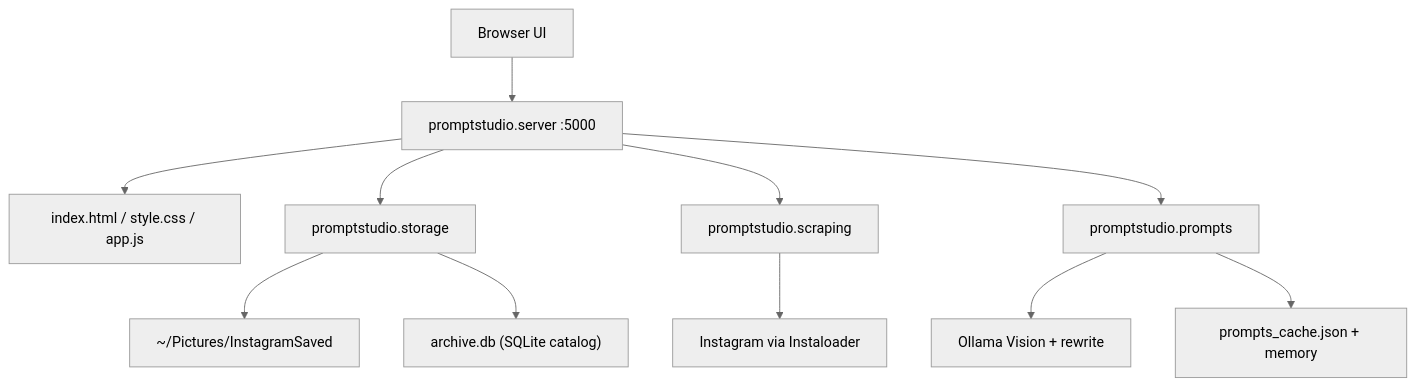
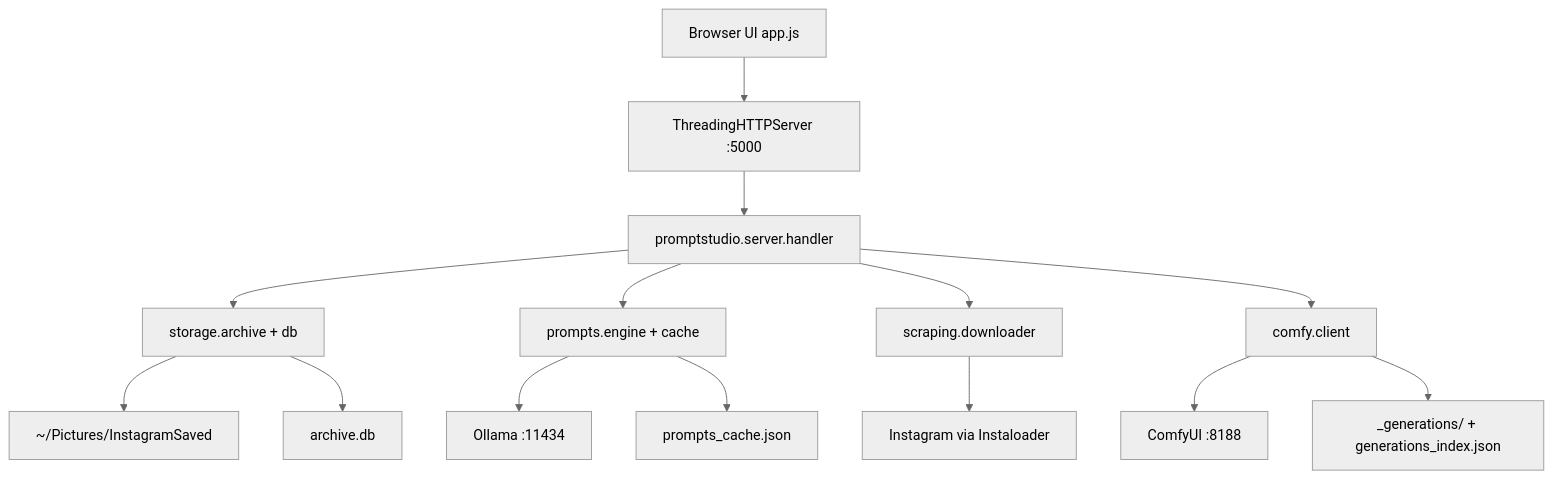
The diagram in docs/architecture.md (curiousCoder-9000/PromptStudio), drawn with Mermaid (neutral theme) before and after one commit. The commit also changed other lines of this file and 31 other files, not shown here.

````diff
--- a/docs/architecture.md
+++ b/docs/architecture.md
@@ -9,13 +9,16 @@
 ```mermaid
 graph TD
-    User[Browser UI] --> WebServer[promptstudio.server :5000]
-    WebServer --> Frontend[index.html / style.css / app.js]
-    WebServer --> Archive[promptstudio.storage]
-    WebServer --> Scraping[promptstudio.scraping]
-    WebServer --> Prompts[promptstudio.prompts]
+    Browser[Browser UI app.js] --> HTTP[ThreadingHTTPServer :5000]
+    HTTP --> Handler[promptstudio.server.handler]
+    Handler --> Archive[storage.archive + db]
+    Handler --> Prompts[prompts.engine + cache]
+    Handler --> Scraping[scraping.downloader]
+    Handler --> Comfy[comfy.client]
     Scraping --> IG[Instagram via Instaloader]
     Archive --> Disk["~/Pictures/InstagramSaved"]
-    Archive --> Index["archive.db (SQLite catalog)"]
-    Prompts --> Ollama[Ollama Vision + rewrite]
-    Prompts --> Cache[prompts_cache.json + memory]
+    Archive --> SQLite[archive.db]
+    Prompts --> Ollama[Ollama :11434]
+    Prompts --> CacheFile[prompts_cache.json]
+    Comfy --> ComfyUI[ComfyUI :8188]
+    Comfy --> Gens["_generations/ + generations_index.json"]
 ```
````
